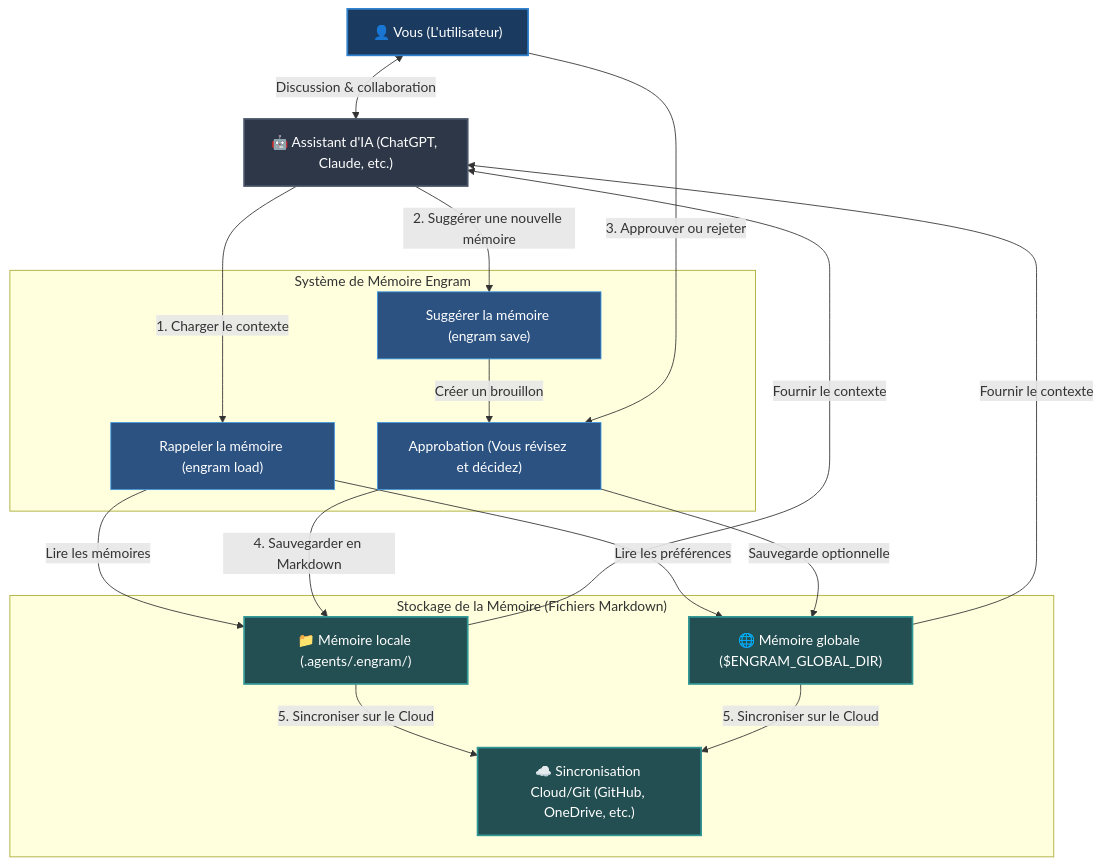
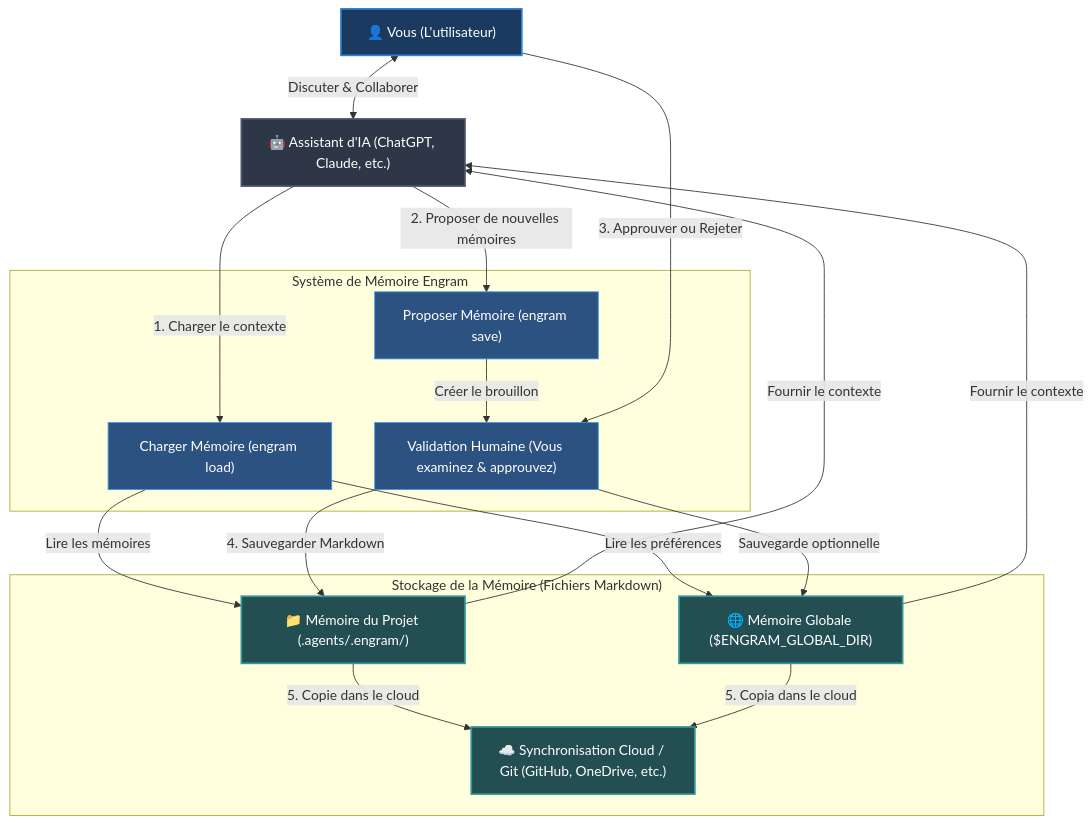
Before and after one commit to the-long-ride/engram: the diagram in documentation/fr/README.md, drawn with Mermaid. The commit also changed other lines of this file and 15 other files, not shown here.

Commit message:
docs: restructure and simplify README files, update Hermes Agent comparison, and refresh roadmap

````diff
--- a/documentation/fr/README.md
+++ b/documentation/fr/README.md
@@ -35,39 +25,39 @@
 ```mermaid
 graph TD
     %% Styling
     classDef default fill:#111,stroke:#333,stroke-width:1px,color:#fff;
     classDef human fill:#1a3a5f,stroke:#3182ce,stroke-width:2px,color:#fff;
     classDef agent fill:#2d3748,stroke:#4a5568,stroke-width:2px,color:#fff;
     classDef storage fill:#234e52,stroke:#319795,stroke-width:2px,color:#fff;
     classDef action fill:#2c5282,stroke:#4299e1,stroke-width:1px,color:#fff;
 
     User["👤 Vous (L'utilisateur)"]:::human
     AI["🤖 Assistant d'IA (ChatGPT, Claude, etc.)"]:::agent
 
     subgraph Engram ["Système de Mémoire Engram"]
-        Load["Rappeler la mémoire (engram load)"]:::action
-        Propose["Suggérer la mémoire (engram save)"]:::action
-        Review["Approbation (Vous révisez et décidez)"]:::action
+        Load["Charger Mémoire (engram load)"]:::action
+        Propose["Proposer Mémoire (engram save)"]:::action
+        Review["Validation Humaine (Vous examinez & approuvez)"]:::action
     end
 
     subgraph Storage ["Stockage de la Mémoire (Fichiers Markdown)"]
-        LocalStore["📁 Mémoire locale (.agents/.engram/)"]:::storage
-        GlobalStore["🌐 Mémoire globale ($ENGRAM_GLOBAL_DIR)"]:::storage
-        SyncStore["☁️ Sincronisation Cloud/Git (GitHub, OneDrive, etc.)"]:::storage
+        LocalStore["📁 Mémoire du Projet (.agents/.engram/)"]:::storage
+        GlobalStore["🌐 Mémoire Globale ($ENGRAM_GLOBAL_DIR)"]:::storage
+        SyncStore["☁️ Synchronisation Cloud / Git (GitHub, OneDrive, etc.)"]:::storage
     end
 
     %% Interactions
-    User <-->|Discussion & collaboration| AI
+    User <-->|Discuter & Collaborer| AI
     AI -->|1. Charger le contexte| Load
     Load -->|Lire les mémoires| LocalStore
     Load -->|Lire les préférences| GlobalStore
     LocalStore & GlobalStore -->|Fournir le contexte| AI
 
-    AI -->|2. Suggérer une nouvelle mémoire| Propose
-    Propose -->|Créer un brouillon| Review
-    User -->|3. Approuver ou rejeter| Review
-    Review -->|4. Sauvegarder en Markdown| LocalStore
+    AI -->|2. Proposer de nouvelles mémoires| Propose
+    Propose -->|Créer le brouillon| Review
+    User -->|3. Approuver ou Rejeter| Review
+    Review -->|4. Sauvegarder Markdown| LocalStore
     Review -->|Sauvegarde optionnelle| GlobalStore
-    LocalStore -->|5. Sincroniser sur le Cloud| SyncStore
-    GlobalStore -->|5. Sincroniser sur le Cloud| SyncStore
+    LocalStore -->|5. Copie dans le cloud| SyncStore
+    GlobalStore -->|5. Copia dans le cloud| SyncStore
 ```
````
